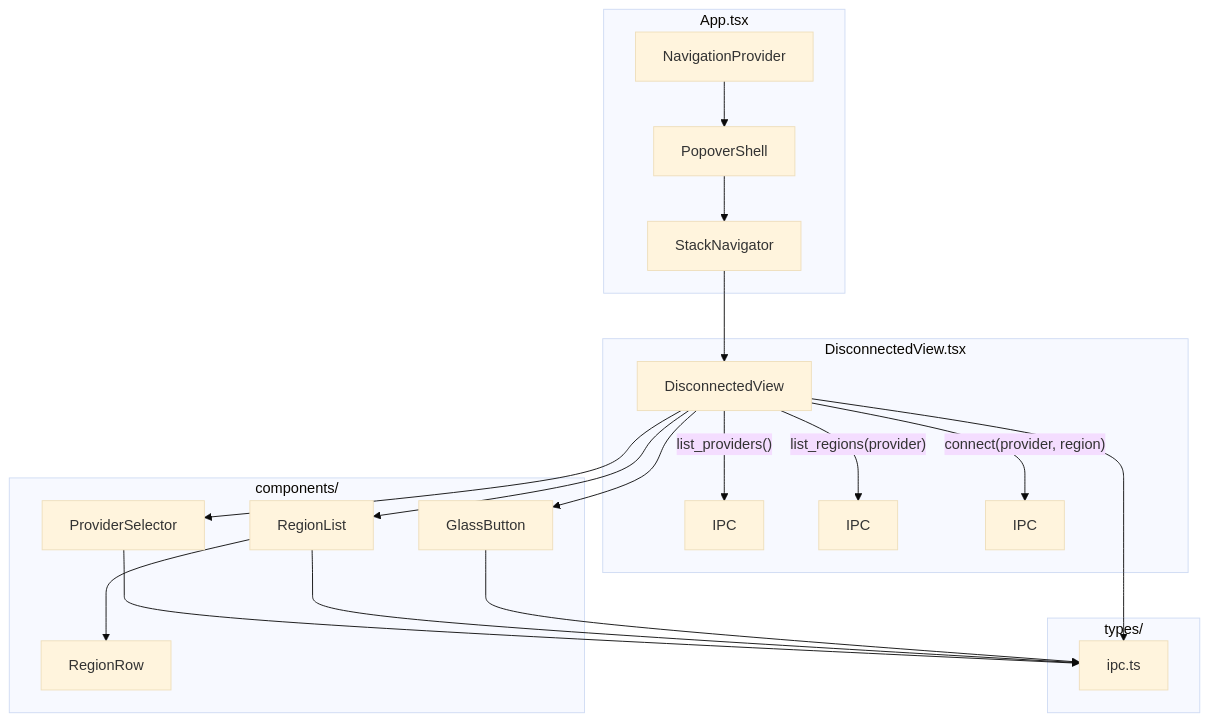
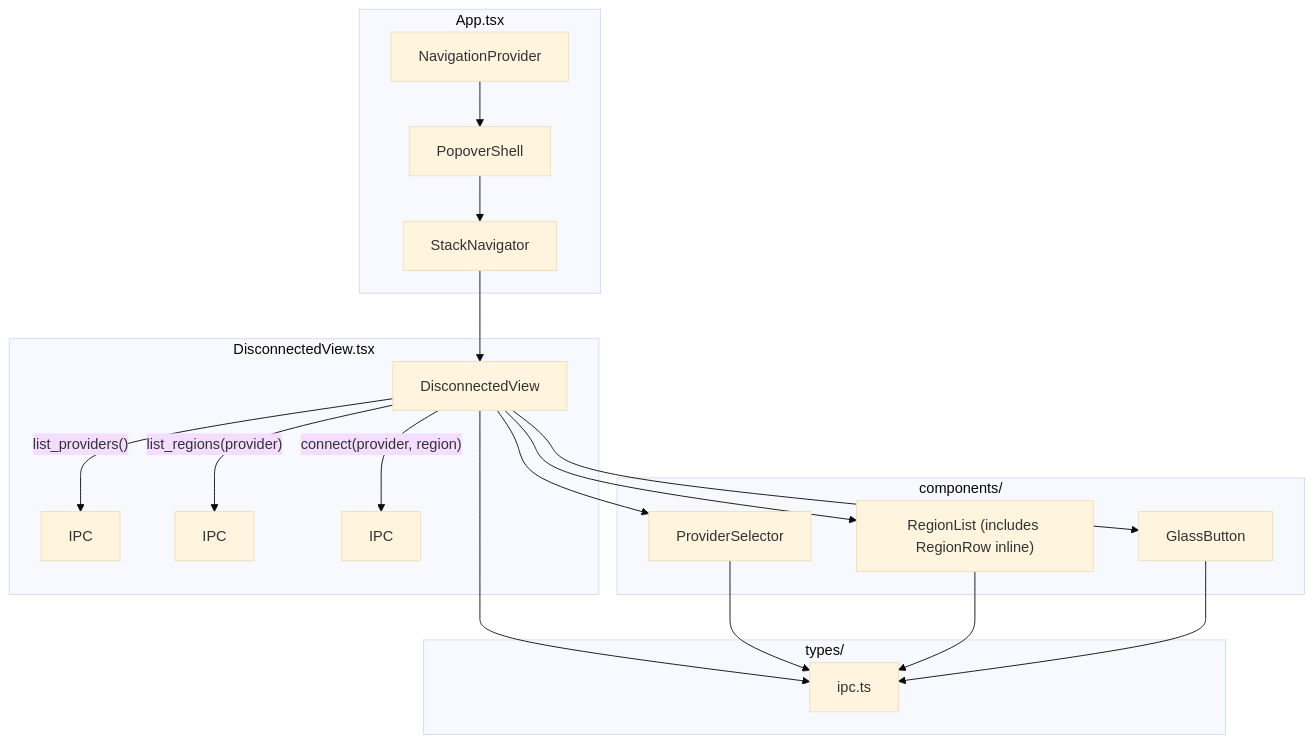
One commit to saemanas/oh-my-vpn changed the diagram in PLAN.md. Above: the diagram before and after it, drawn with Mermaid (base theme). The commit also changed other lines of this file and 12 other files, not shown here.

Commit message:
feat(ui): add disconnected view with provider selector and region list

````diff
--- a/PLAN.md
+++ b/PLAN.md
@@ -57,36 +60,34 @@
 ```mermaid
 flowchart TD
     subgraph App["App.tsx"]
         NP[NavigationProvider]
         PS[PopoverShell]
         SN[StackNavigator]
     end
 
     subgraph DisconnectedView["DisconnectedView.tsx"]
         DV[DisconnectedView]
         DV -->|"list_providers()"| IPC1[IPC]
         DV -->|"list_regions(provider)"| IPC2[IPC]
         DV -->|"connect(provider, region)"| IPC3[IPC]
     end
 
     subgraph Components["components/"]
         PSel[ProviderSelector]
-        RL[RegionList]
-        RR[RegionRow]
+        RL["RegionList (includes RegionRow inline)"]
         GB[GlassButton]
     end
 
     subgraph Types["types/"]
         IT[ipc.ts]
     end
 
     NP --> PS --> SN --> DV
     DV --> PSel
     DV --> RL
-    RL --> RR
     DV --> GB
     DV --> IT
     PSel --> IT
     RL --> IT
     GB --> IT
 ```
````
